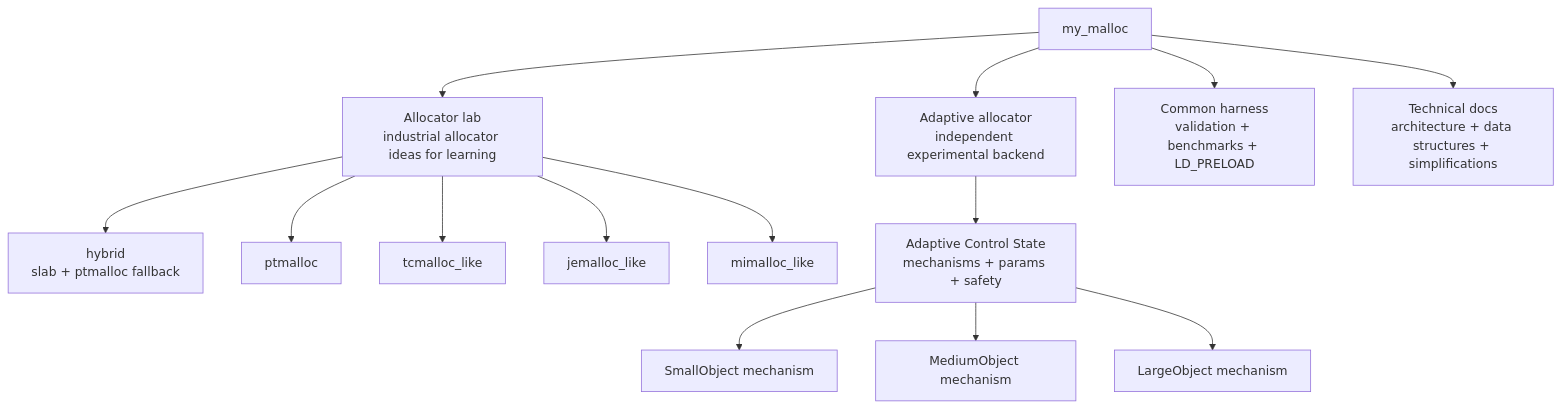
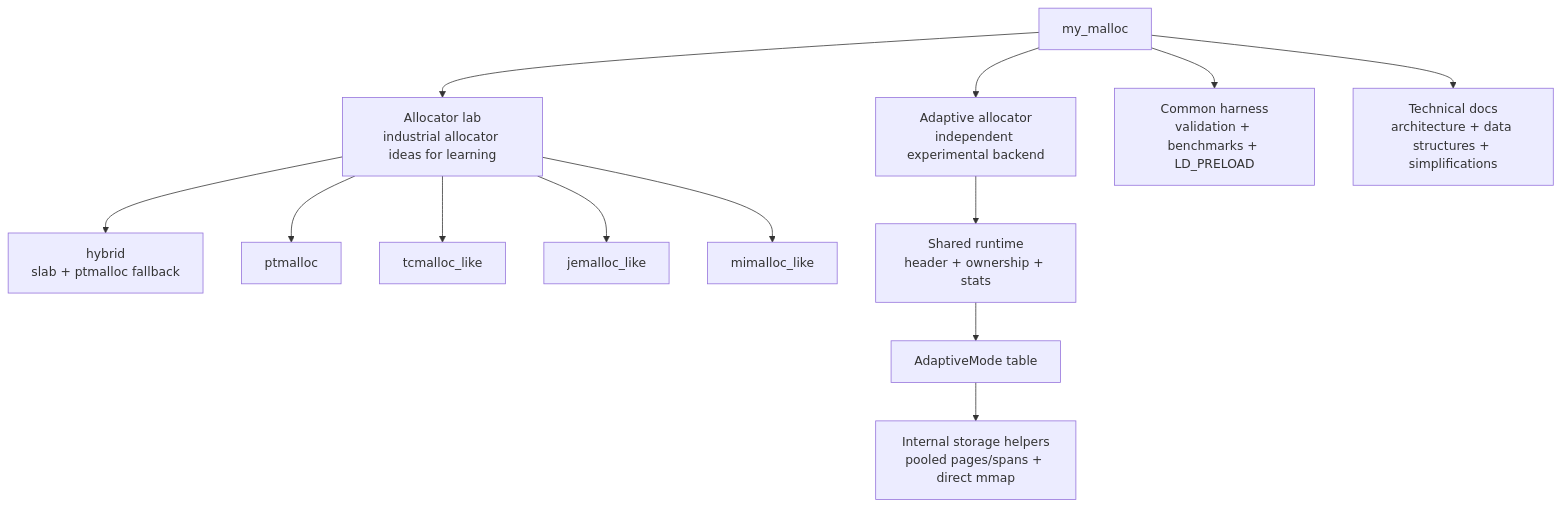
One commit to sdsasf/my_malloc changed the first of 3 diagrams in docs/system_architecture.md. Above: the diagram before and after it, drawn with Mermaid. The commit also changed other lines of this file and 13 other files, not shown here.

Commit message:
Refactor adaptive allocator around modes

````diff
--- a/docs/system_architecture.md
+++ b/docs/system_architecture.md
@@ -12,25 +12,24 @@
 ```mermaid
 flowchart TB
     Project["my_malloc"]
 
     Lab["Allocator lab<br/>industrial allocator ideas for learning"]
     Adaptive["Adaptive allocator<br/>independent experimental backend"]
     Harness["Common harness<br/>validation + benchmarks + LD_PRELOAD"]
     Docs["Technical docs<br/>architecture + data structures + simplifications"]
 
     Project --> Lab
     Project --> Adaptive
     Project --> Harness
     Project --> Docs
 
     Lab --> Hybrid["hybrid<br/>slab + ptmalloc fallback"]
     Lab --> PT["ptmalloc"]
     Lab --> TC["tcmalloc_like"]
     Lab --> JE["jemalloc_like"]
     Lab --> MI["mimalloc_like"]
 
-    Adaptive --> CS["Adaptive Control State<br/>mechanisms + params + safety"]
-    CS --> AS["SmallObject mechanism"]
-    CS --> AM["MediumObject mechanism"]
-    CS --> AL["LargeObject mechanism"]
+    Adaptive --> Runtime["Shared runtime<br/>header + ownership + stats"]
+    Runtime --> Modes["AdaptiveMode table"]
+    Modes --> Helpers["Internal storage helpers<br/>pooled pages/spans + direct mmap"]
 ```
````
